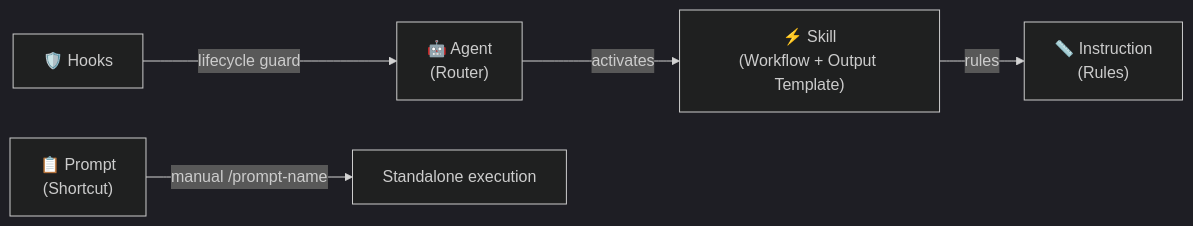
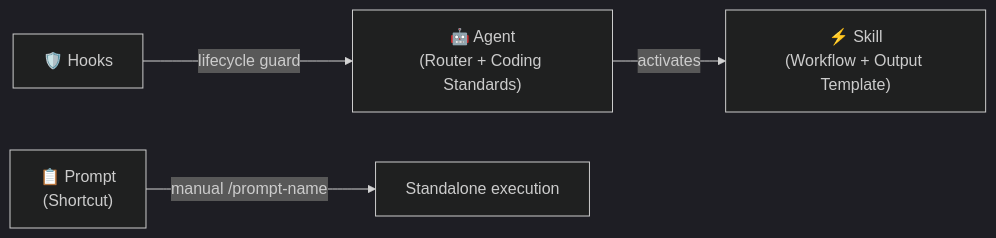
Before and after one commit to zexion7873/copilot-setting: the first of 2 diagrams in README.md, drawn with Mermaid (dark theme). The commit also changed other lines of this file and 2 other files, not shown here.

First line of the commit message:
docs: update README, README.zh-TW, and CLAUDE.md for new architecture

````diff
--- a/README.md
+++ b/README.md
@@ -63,7 +62,6 @@
 ```mermaid
 flowchart LR
-    Hook["🛡️ Hooks"] -->|lifecycle guard| Agent["🤖 Agent<br/>(Router)"]
+    Hook["🛡️ Hooks"] -->|lifecycle guard| Agent["🤖 Agent<br/>(Router + Coding Standards)"]
     Agent -->|activates| Skill["⚡ Skill<br/>(Workflow + Output Template)"]
-    Skill -->|rules| Instruction["📏 Instruction<br/>(Rules)"]
     Prompt["📋 Prompt<br/>(Shortcut)"] -->|"manual /prompt-name"| Standalone["Standalone execution"]
 ```
````
